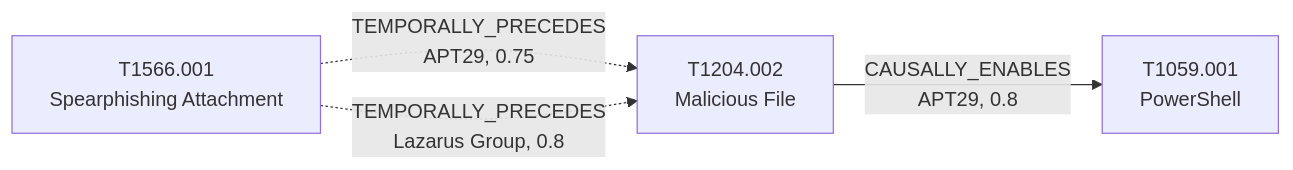
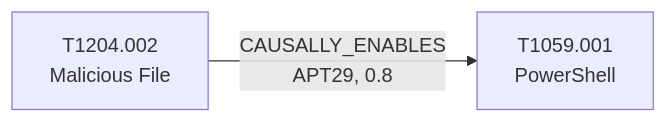
The diagram in docs/attack-patterns/T1204.002-malicious-file.md (HungryBrain-bot/attackKnowledgeGraph), drawn with Mermaid before and after one commit. The commit also changed other lines of this file and 22 other files, not shown here.

````diff
--- a/docs/attack-patterns/T1204.002-malicious-file.md
+++ b/docs/attack-patterns/T1204.002-malicious-file.md
@@ -69,9 +77,6 @@
 ```mermaid
 flowchart LR
     T_T1204_002["T1204.002<br/>Malicious File"]
     T_T1059_001["T1059.001<br/>PowerShell"]
-    T_T1566_001["T1566.001<br/>Spearphishing Attachment"]
     T_T1204_002 -->|"CAUSALLY_ENABLES<br/>APT29, 0.8"| T_T1059_001
-    T_T1566_001 -.->|"TEMPORALLY_PRECEDES<br/>APT29, 0.75"| T_T1204_002
-    T_T1566_001 -.->|"TEMPORALLY_PRECEDES<br/>Lazarus Group, 0.8"| T_T1204_002
 ```
````
